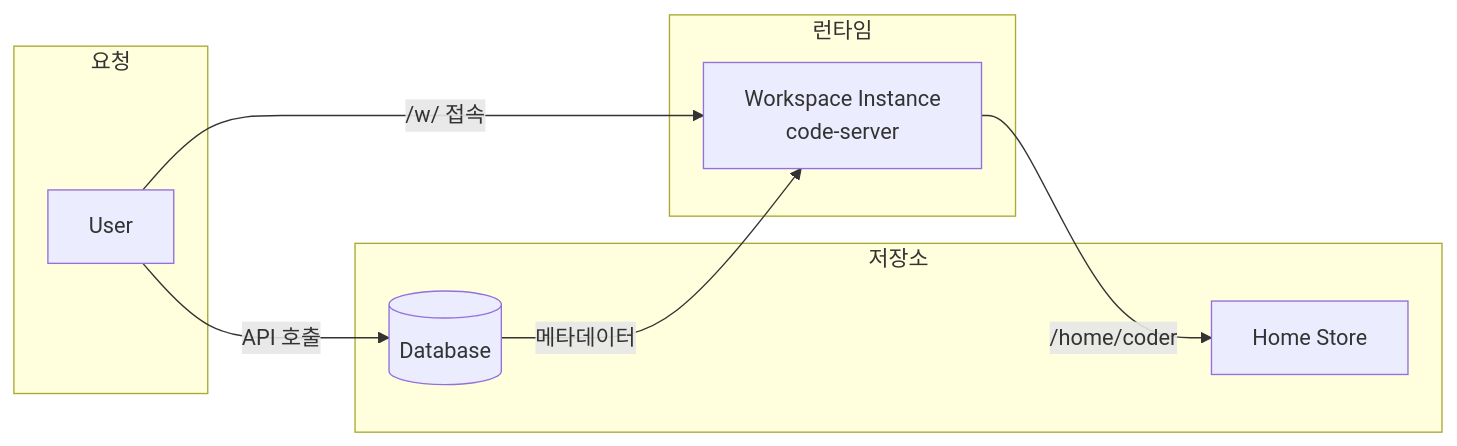
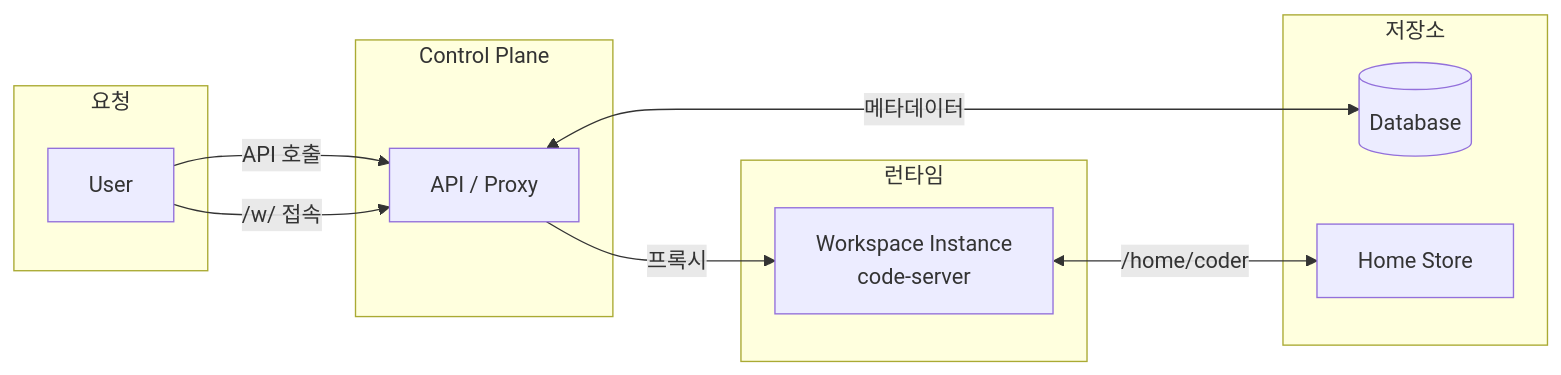
The ninth of 10 diagrams in docs/architecture.md (cagojeiger/code-hub), drawn with Mermaid before and after one commit. The commit also changed other lines of this file, not shown here.

Commit message:
docs: fix logical inconsistencies in architecture diagrams
- Fix Auth middleware direction in component structure (Section 4)
  - Before: API/ProxyGW --> Auth (wrong)
  - After: Auth --> API/ProxyGW (correct flow)
- Fix data flow diagram (Section 5) to match system overview
  - Add Control Plane between User and DB/Instance
  - User always accesses through Control Plane

🤖 Generated with [Claude Code](https://claude.com/claude-code)

````diff
--- a/docs/architecture.md
+++ b/docs/architecture.md
@@ -302,20 +302,25 @@
 ```mermaid
 graph LR
     subgraph Request[요청]
         U[User]
+    end
+
+    subgraph ControlPlane[Control Plane]
+        CP[API / Proxy]
     end
 
     subgraph Storage[저장소]
         DB[(Database)]
         HS[Home Store]
     end
 
     subgraph Runtime[런타임]
         WI[Workspace Instance<br/>code-server]
     end
 
-    U -->|API 호출| DB
-    U -->|/w/ 접속| WI
-    WI -->|/home/coder| HS
-    DB -->|메타데이터| WI
+    U -->|API 호출| CP
+    U -->|/w/ 접속| CP
+    CP <-->|메타데이터| DB
+    CP -->|프록시| WI
+    WI <-->|/home/coder| HS
 ```
````
